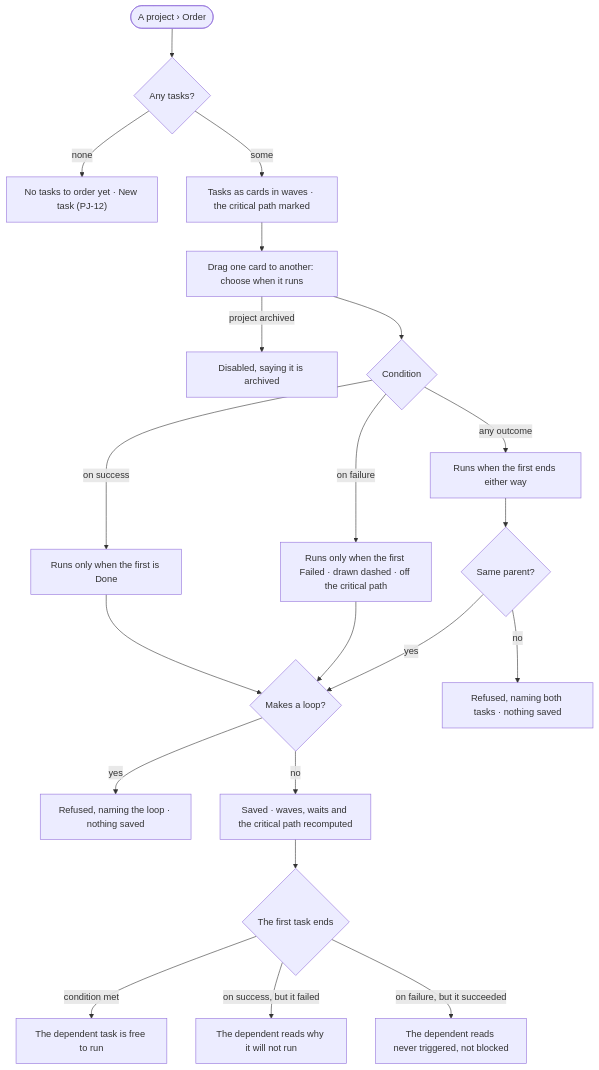
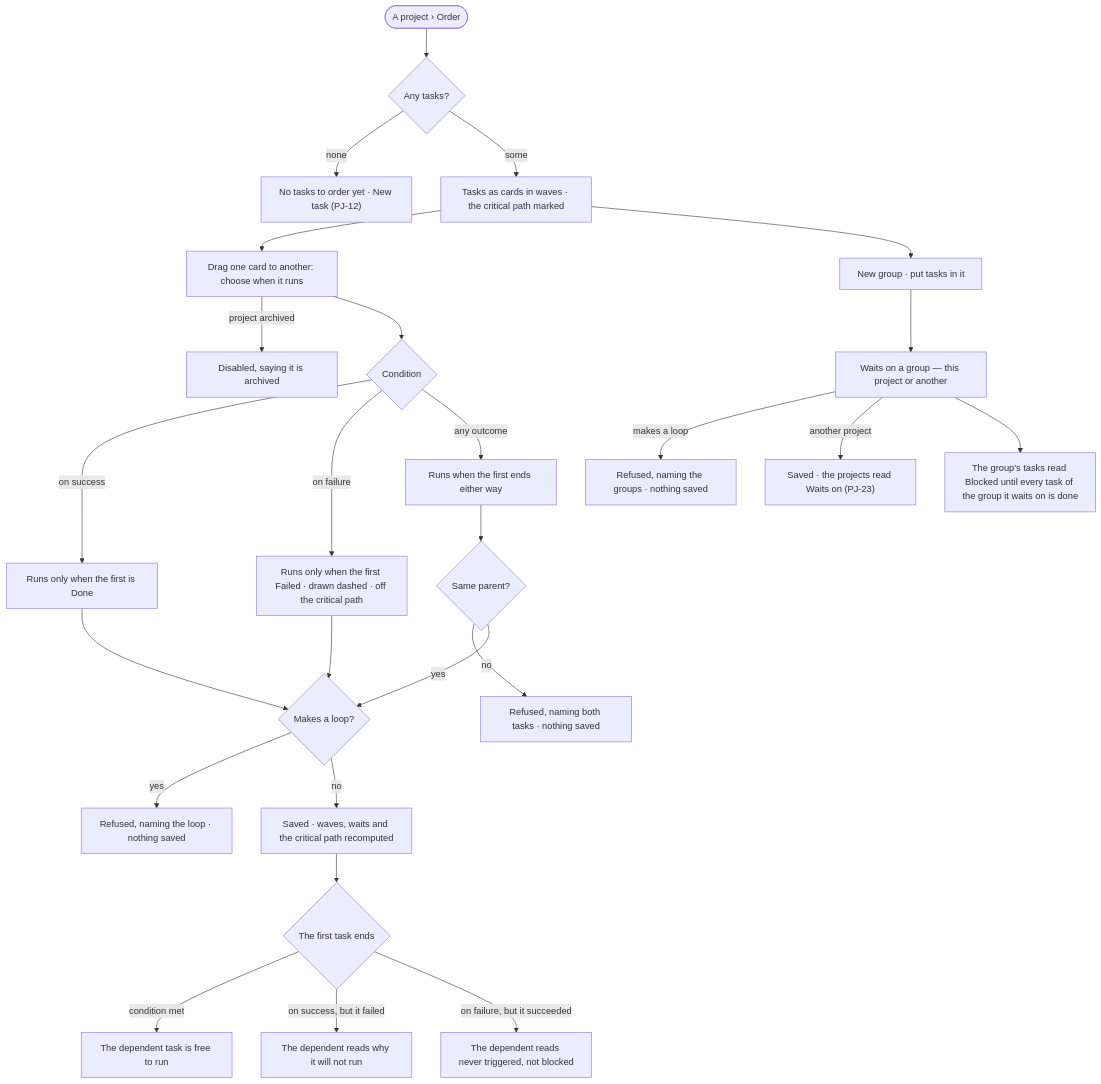
One commit to invana/invana changed the diagram in specs/capabilities/projects/features/PJ-F01-projects-and-tasks/stories/PJ-18-order-tasks-by-what-they-wait-on/story.md. Above: the diagram before and after it, drawn with Mermaid. The commit also changed other lines of this file and 300 other files, not shown here.

````diff
--- a/specs/capabilities/projects/features/PJ-F01-projects-and-tasks/stories/PJ-18-order-tasks-by-what-they-wait-on/story.md
+++ b/specs/capabilities/projects/features/PJ-F01-projects-and-tasks/stories/PJ-18-order-tasks-by-what-they-wait-on/story.md
@@ -30,23 +31,28 @@
 ```mermaid
 flowchart TD
   s([A project › Order]) --> any{"Any tasks?"}
   any -->|none| e["No tasks to order yet · New task (PJ-12)"]
   any -->|some| pl["Tasks as cards in waves · the critical path marked"]
   pl --> dr["Drag one card to another: choose when it runs"]
   dr -->|project archived| na["Disabled, saying it is archived"]
   dr --> c{"Condition"}
   c -->|on success| os["Runs only when the first is Done"]
   c -->|on failure| of["Runs only when the first Failed · drawn dashed · off the critical path"]
   c -->|any outcome| oa["Runs when the first ends either way"]
   os --> chk
   of --> chk
   oa --> sib{"Same parent?"}
   sib -->|no| rsib["Refused, naming both tasks · nothing saved"]
   sib -->|yes| chk{"Makes a loop?"}
   chk -->|yes| ref["Refused, naming the loop · nothing saved"]
   chk -->|no| ok["Saved · waves, waits and the critical path recomputed"]
   ok --> st{"The first task ends"}
   st -->|condition met| go["The dependent task is free to run"]
   st -->|on success, but it failed| bl["The dependent reads why it will not run"]
   st -->|on failure, but it succeeded| nt["The dependent reads never triggered, not blocked"]
+  pl --> grp["New group · put tasks in it"]
+  grp --> gw["Waits on a group — this project or another"]
+  gw -->|makes a loop| gref["Refused, naming the groups · nothing saved"]
+  gw -->|another project| rel["Saved · the projects read Waits on (PJ-23)"]
+  gw --> gok["The group's tasks read Blocked until every task of the group it waits on is done"]
 ```
````
